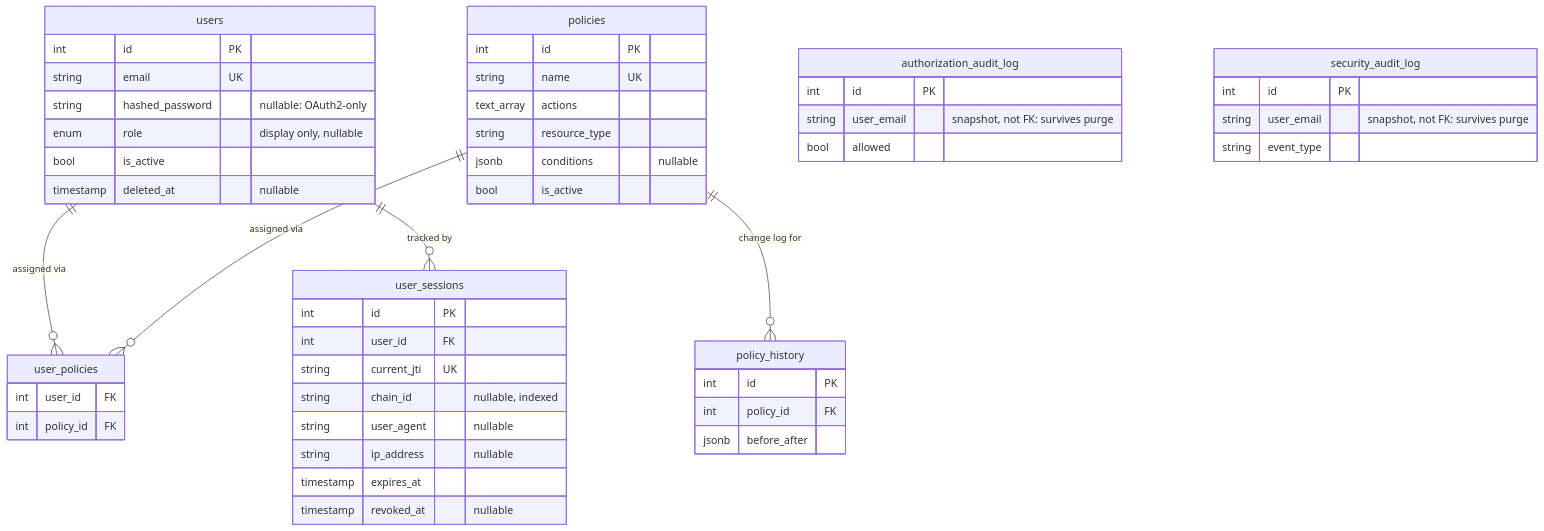
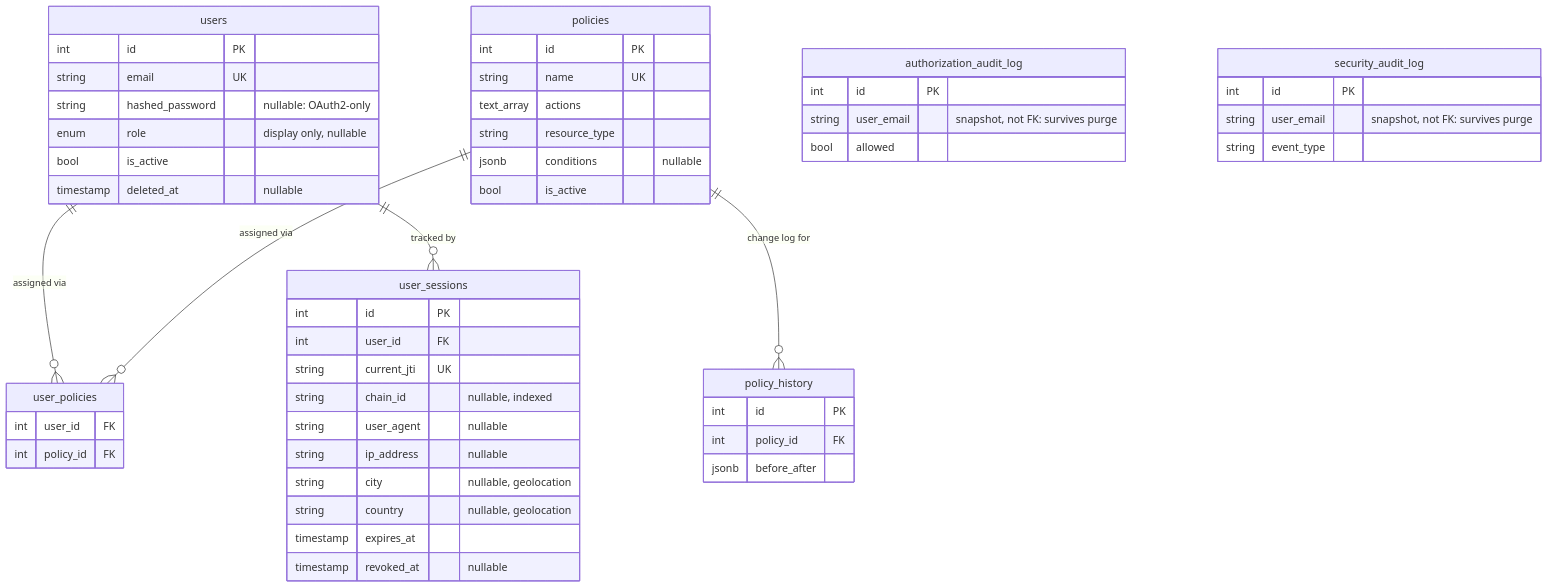
One commit to Nachiket-2024/mystic-auth changed the diagram in docs/mystic_auth/database/design.md. Above: the diagram before and after it, drawn with Mermaid. The commit also changed other lines of this file and 305 other files, not shown here.

````diff
--- a/docs/mystic_auth/database/design.md
+++ b/docs/mystic_auth/database/design.md
@@ -5,53 +5,55 @@
 ```mermaid
 erDiagram
     users ||--o{ user_policies: "assigned via"
     policies ||--o{ user_policies: "assigned via"
     policies ||--o{ policy_history: "change log for"
     users ||--o{ user_sessions: "tracked by"
 
     users {
         int id PK
         string email UK
         string hashed_password "nullable: OAuth2-only"
         enum role "display only, nullable"
         bool is_active
         timestamp deleted_at "nullable"
     }
     policies {
         int id PK
         string name UK
         text_array actions
         string resource_type
         jsonb conditions "nullable"
         bool is_active
     }
     user_policies {
         int user_id FK
         int policy_id FK
     }
     policy_history {
         int id PK
         int policy_id FK
         jsonb before_after
     }
     authorization_audit_log {
         int id PK
         string user_email "snapshot, not FK: survives purge"
         bool allowed
     }
     security_audit_log {
         int id PK
         string user_email "snapshot, not FK: survives purge"
         string event_type
     }
     user_sessions {
         int id PK
         int user_id FK
         string current_jti UK
         string chain_id "nullable, indexed"
         string user_agent "nullable"
         string ip_address "nullable"
+        string city "nullable, geolocation"
+        string country "nullable, geolocation"
         timestamp expires_at
         timestamp revoked_at "nullable"
     }
 ```
````
